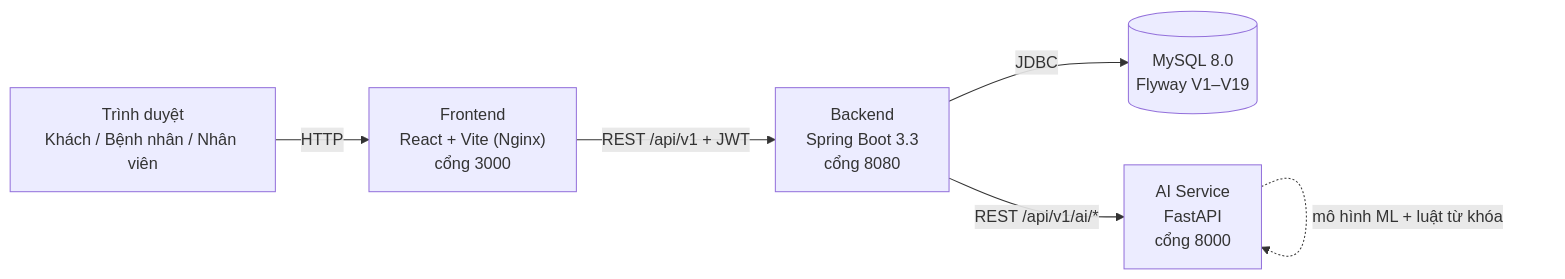
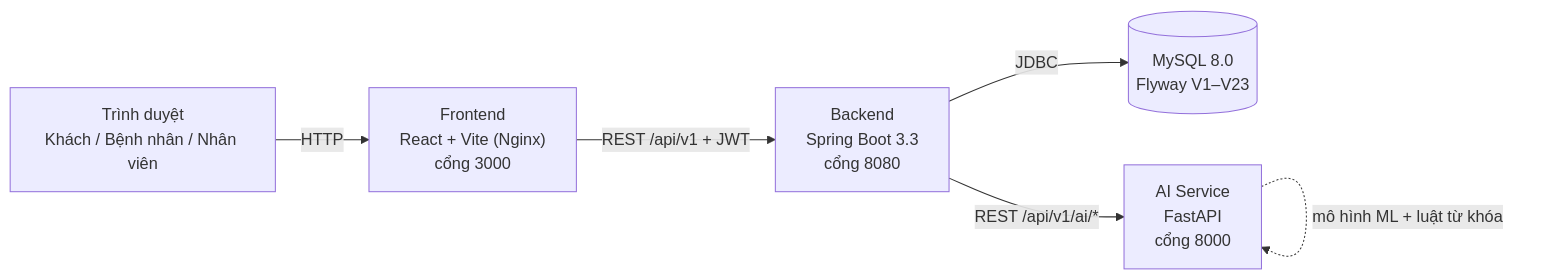
Before and after one commit to dinhson-11/MyPhatHospital: the first of 16 diagrams in LUONG_HOAT_DONG.md, drawn with Mermaid. The commit also changed other lines of this file and 134 other files, not shown here.

````diff
--- a/LUONG_HOAT_DONG.md
+++ b/LUONG_HOAT_DONG.md
@@ -31,8 +31,8 @@
 ```mermaid
 flowchart LR
     U["Trình duyệt<br/>Khách / Bệnh nhân / Nhân viên"] -->|HTTP| FE["Frontend<br/>React + Vite (Nginx)<br/>cổng 3000"]
     FE -->|"REST /api/v1 + JWT"| BE["Backend<br/>Spring Boot 3.3<br/>cổng 8080"]
-    BE -->|JDBC| DB[("MySQL 8.0<br/>Flyway V1–V19")]
+    BE -->|JDBC| DB[("MySQL 8.0<br/>Flyway V1–V23")]
     BE -->|"REST /api/v1/ai/*"| AI["AI Service<br/>FastAPI<br/>cổng 8000"]
     AI -. "mô hình ML + luật từ khóa" .-> AI
 ```
````
